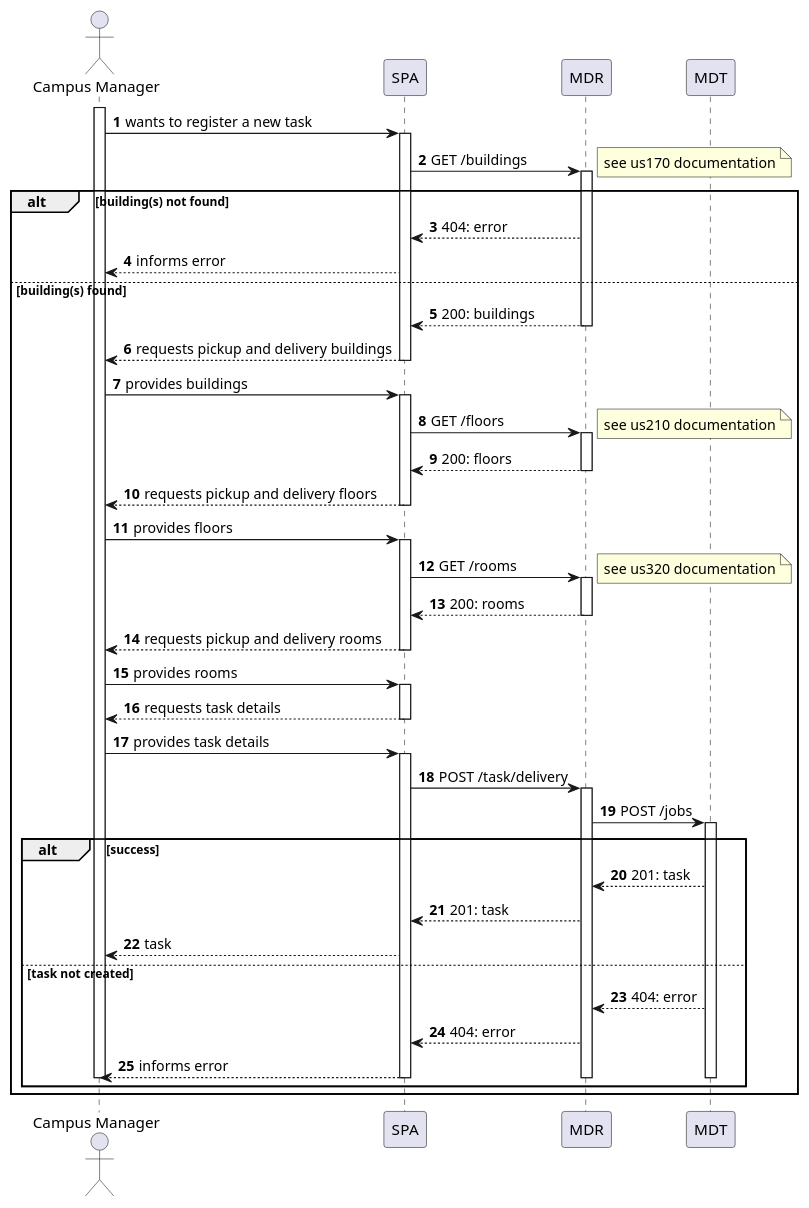
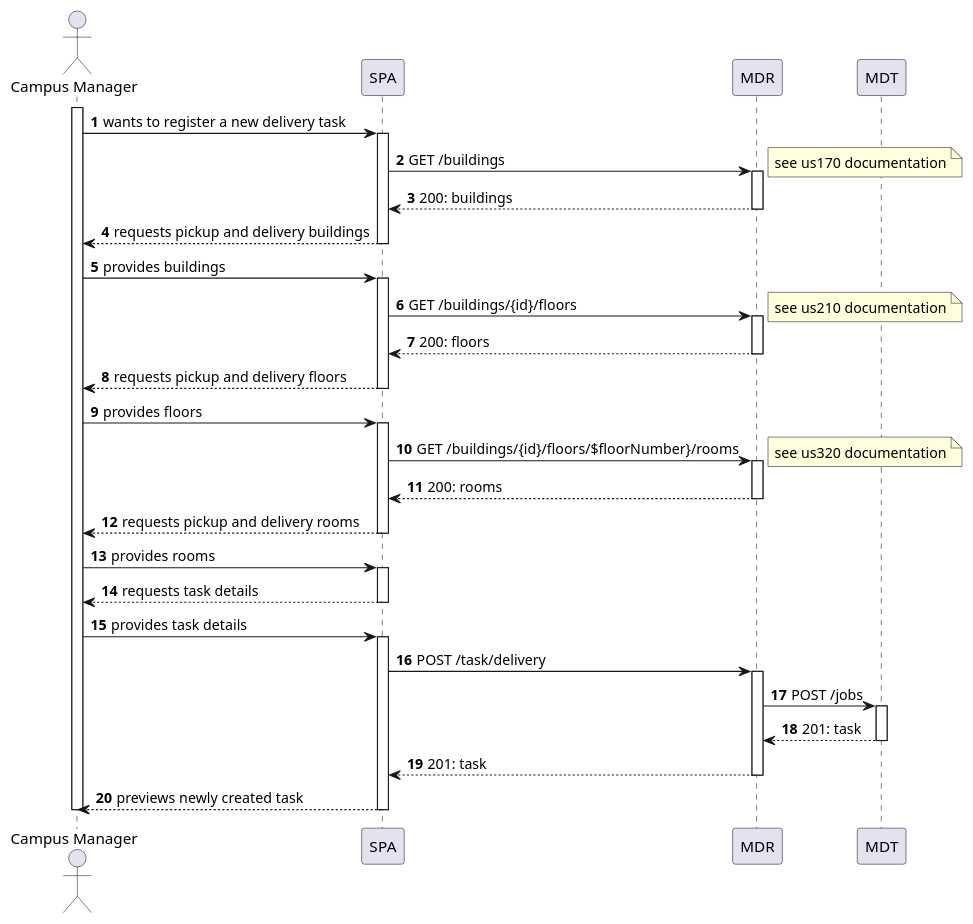
Before and after one commit to Departamento-de-Engenharia-Informatica/lapr5-23-24-g19: the diagram in docs/us460/delivery/level2/process-view.puml, drawn with PlantUML. The commit also changed 11 other files, not shown here.

```diff
--- a/docs/us460/delivery/level2/process-view.puml
+++ b/docs/us460/delivery/level2/process-view.puml
@@ -1,73 +1,61 @@
 @startuml
 autonumber
 
 actor "Campus Manager" as usr
 
 participant "SPA" as ui
 participant "MDR" as mdr
 participant "MDT" as mdt
 
 activate usr
-usr -> ui : wants to register a new task
+usr -> ui : wants to register a new delivery task
     activate ui
         ui -> mdr : GET /buildings
-    alt building(s) not found
+        activate mdr
+            note right : see us170 documentation
+            mdr --> ui : 200: buildings
+        deactivate mdr
+
+        ui --> usr : requests pickup and delivery buildings
+        deactivate ui
+
+        usr -> ui : provides buildings
+        activate ui
+        ui -> mdr : GET /buildings/{id}/floors
             activate mdr
-                note right : see us170 documentation
-                mdr --> ui : 404: error
-                ui --> usr : informs error
-
-    else building(s) found
-            mdr --> ui : 200: buildings
+            note right : see us210 documentation
+                mdr --> ui : 200: floors
             deactivate mdr
 
-            ui --> usr : requests pickup and delivery buildings
-            deactivate ui
+            ui --> usr : requests pickup and delivery floors
+        deactivate ui
 
-            usr -> ui : provides buildings
-            activate ui
-                ui -> mdr : GET /floors
-                activate mdr
-                note right : see us210 documentation
-                    mdr --> ui : 200: floors
-                deactivate mdr
+        usr -> ui : provides floors
+        activate ui
+            ui -> mdr : GET /buildings/{id}/floors/$floorNumber}/rooms
+            activate mdr
+                note right : see us320 documentation
+                mdr --> ui : 200: rooms
+            deactivate mdr
+            ui --> usr : requests pickup and delivery rooms
+        deactivate ui
 
-                ui --> usr : requests pickup and delivery floors
-            deactivate ui
+        usr -> ui : provides rooms
+        activate ui
+            ui --> usr : requests task details
+        deactivate ui
 
-            usr -> ui : provides floors
-            activate ui
-                ui -> mdr : GET /rooms
-                activate mdr
-                    note right : see us320 documentation
-                    mdr --> ui : 200: rooms
-                deactivate mdr
-                ui --> usr : requests pickup and delivery rooms
-            deactivate ui
-
-            usr -> ui : provides rooms
-            activate ui
-                ui --> usr : requests task details
-            deactivate ui
-
-            usr -> ui : provides task details
-        activate ui
-            ui -> mdr : POST /task/delivery
-            activate mdr
-                mdr -> mdt : POST /jobs
-                activate mdt
-                    alt success
-                        mdt --> mdr : 201: task
-                        mdr --> ui : 201: task
-                        ui --> usr : task
-                    else task not created
-                        mdt --> mdr : 404: error
-                        mdr --> ui : 404: error
-                        ui --> usr : informs error
-                deactivate mdt
-            deactivate mdr
+        usr -> ui : provides task details
+    activate ui
+        ui -> mdr : POST /task/delivery
+        activate mdr
+            mdr -> mdt : POST /jobs
+            activate mdt
+                    mdt --> mdr : 201: task
+                    deactivate mdt
+                    mdr --> ui : 201: task
+                    deactivate mdr
+                    ui --> usr : previews newly created task
     deactivate ui
 deactivate usr
-end
-end
 @enduml
```
